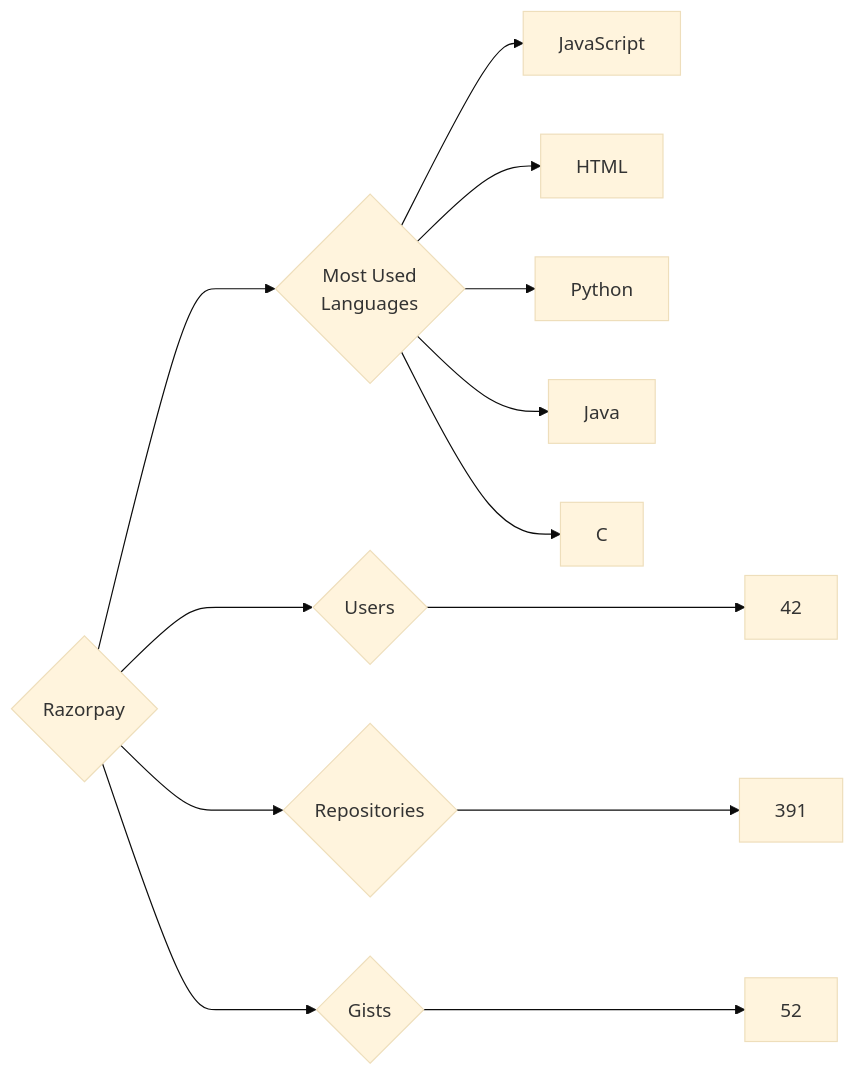
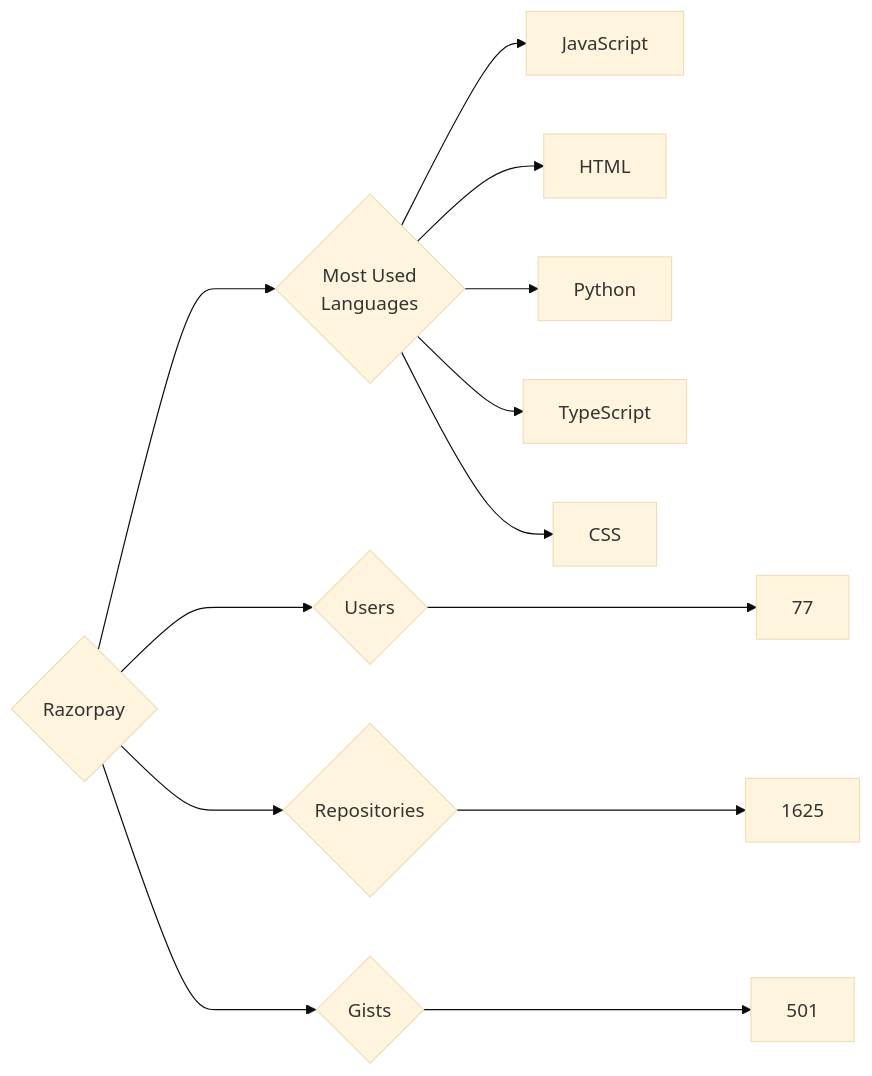
Before and after one commit to trickest/insiders: the diagram in targets/Razorpay/README.md, drawn with Mermaid (base theme). The commit also changed 877 other files, not shown here.

````diff
--- a/targets/Razorpay/README.md
+++ b/targets/Razorpay/README.md
@@ -3,13 +3,13 @@
 ```mermaid
 graph LR
 COMPANY_NAME{Razorpay}
-COMPANY_NAME ---> U{Users} ---> UN[42]
-COMPANY_NAME ---> R{Repositories} ---> RN[391]
-COMPANY_NAME ---> G{Gists} ---> GN[52]
+COMPANY_NAME ---> U{Users} ---> UN[77]
+COMPANY_NAME ---> R{Repositories} ---> RN[1625]
+COMPANY_NAME ---> G{Gists} ---> GN[501]
 COMPANY_NAME ---> ML{Most Used<br>Languages}
 ML --> JavaScript[JavaScript]
 ML --> HTML[HTML]
 ML --> Python[Python]
-ML --> Java[Java]
-ML --> C[C]
+ML --> TypeScript[TypeScript]
+ML --> CSS[CSS]
 ```
````
